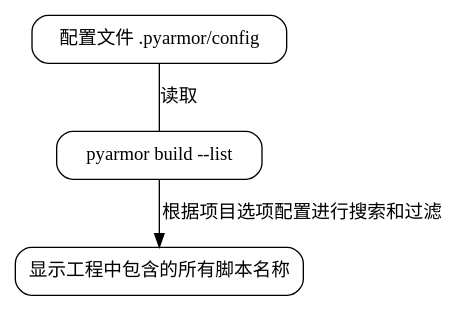
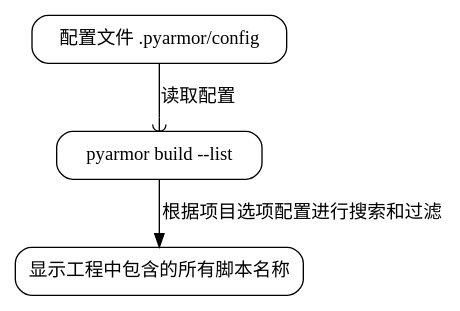
Before and after one commit to dashingsoft/dashingsoft.github.io: the fifth of 10 diagrams in pyarmor/learn/zh/commands.rst, drawn with Graphviz. The commit also changed other lines of this file, not shown here.

Commit message:
Refine graph

```diff
--- a/pyarmor/learn/zh/commands.rst
+++ b/pyarmor/learn/zh/commands.rst
@@ -122,16 +122,16 @@
 .. graphviz::
    :caption: 列出工程中包含的脚本/模块/包
    :align: center
    :name: g-list-project-items
 
    digraph G {
       node [shape=box, style=rounded, target="_top"]
 
       conf [label="配置文件 .pyarmor/config"
             href="../../docs/zh/configuration.html"]
       build [label="pyarmor build --list"]
       items [label="显示工程中包含的所有脚本名称"]
 
-      conf -> build [label="读取" dir=none]
+      conf -> build [label="读取配置" arrowhead=curve]
       build -> items [label="根据项目选项配置进行搜索和过滤"]
    }
```
